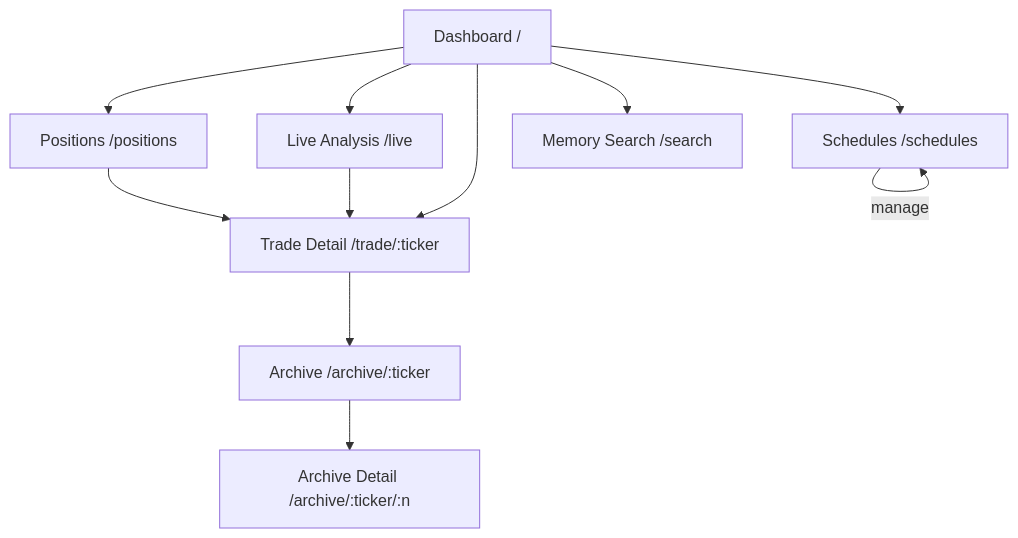
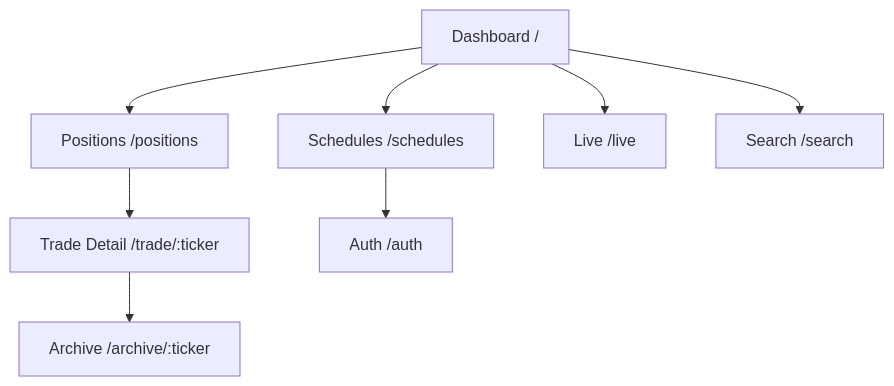
The diagram in docs/tradingagents/ui.md (samdae/gant), drawn with Mermaid before and after one commit. The commit also changed other lines of this file and 65 other files, not shown here.

````diff
--- a/docs/tradingagents/ui.md
+++ b/docs/tradingagents/ui.md
@@ -789,13 +420,10 @@
 ```mermaid
 graph TD
     A["Dashboard /"] --> B["Positions /positions"]
     A --> C["Schedules /schedules"]
-    A --> D["Live Analysis /live"]
-    A --> E["Memory Search /search"]
+    A --> D["Live /live"]
+    A --> E["Search /search"]
     B --> F["Trade Detail /trade/:ticker"]
-    C --> |"manage"| C
     F --> G["Archive /archive/:ticker"]
-    G --> H["Archive Detail /archive/:ticker/:n"]
-    D --> F
-    A --> F
+    C --> H["Auth /auth"]
 ```
````
